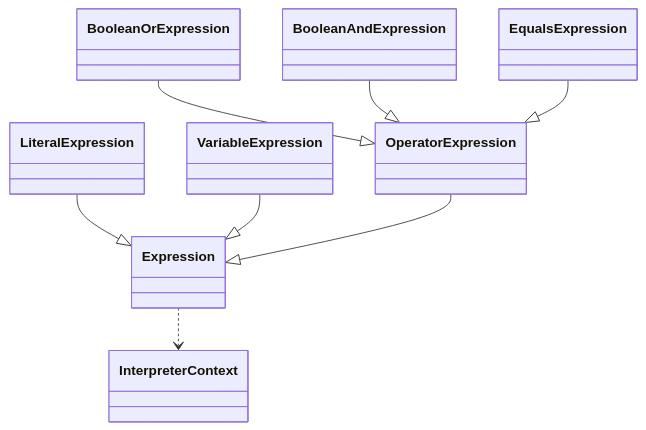
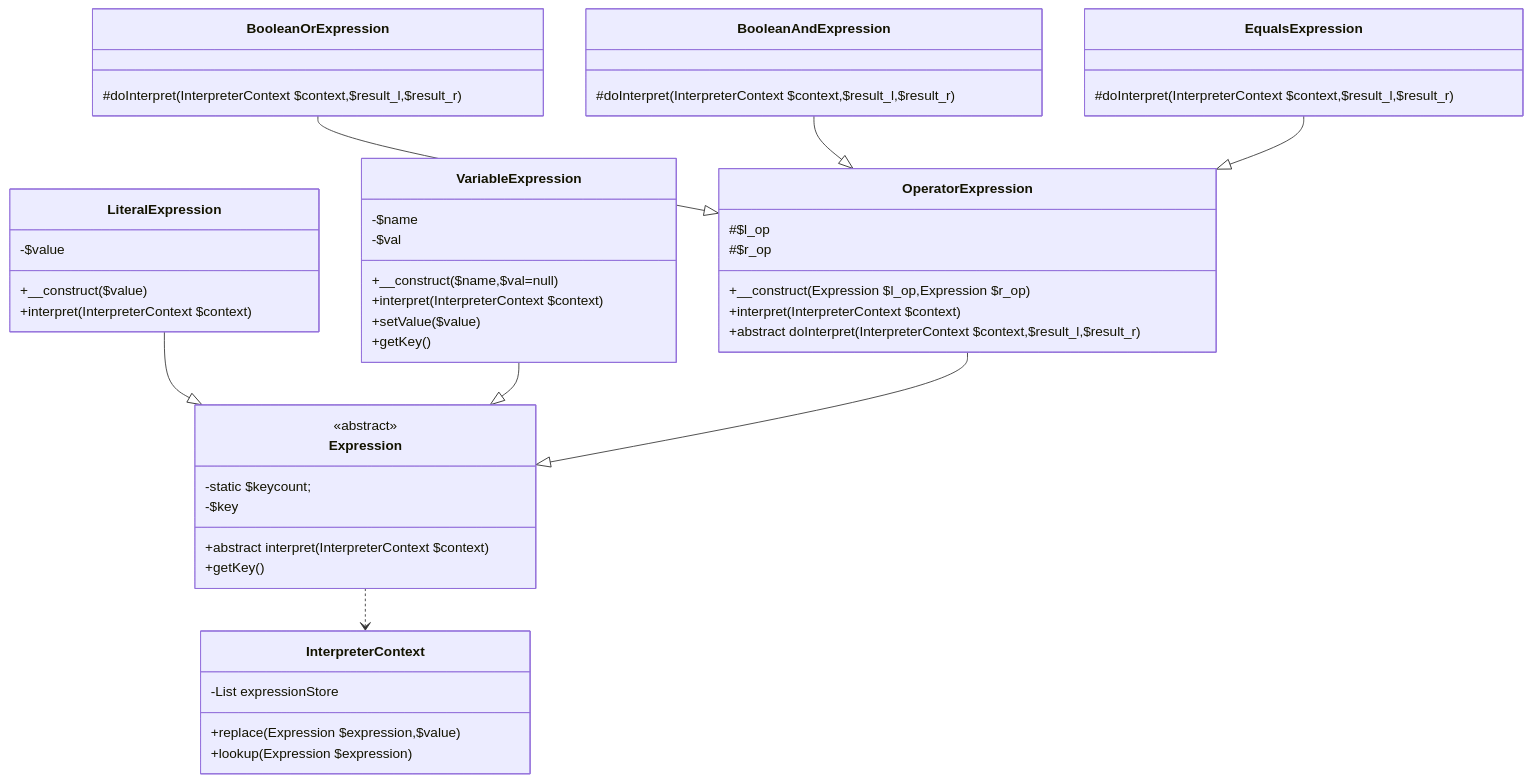
One commit to yaner-here/notebook changed the tenth of 12 diagrams in PHP.md. Above: the diagram before and after it, drawn with Mermaid. The commit also changed other lines of this file, not shown here.

````diff
--- a/PHP.md
+++ b/PHP.md
@@ -1530,26 +1522,51 @@
 ```mermaid
 classDiagram
 	class InterpreterContext{
+		-List expressionStore
+		+replace(Expression $expression,$value)
+		+lookup(Expression $expression)
 	}
 	class Expression{
+		<<abstract>>
+		-static $keycount;
+		-$key
+		+abstract interpret(InterpreterContext $context)
+		+getKey()
 	}
 	class LiteralExpression{
+		-$value
+		+__construct($value)
+		+interpret(InterpreterContext $context)
 	}
 	class VariableExpression{
+		-$name
+		-$val
+		+__construct($name,$val=null)
+		+interpret(InterpreterContext $context)
+		+setValue($value)
+		+getKey()
 	}
 	class OperatorExpression{
+		#$l_op
+		#$r_op
+		+__construct(Expression $l_op,Expression $r_op)
+		+interpret(InterpreterContext $context)
+		+abstract doInterpret(InterpreterContext $context,$result_l,$result_r)
 	}
 	class BooleanOrExpression{
+		#doInterpret(InterpreterContext $context,$result_l,$result_r)
 	}
 	class BooleanAndExpression{
+		#doInterpret(InterpreterContext $context,$result_l,$result_r)
 	}
 	class EqualsExpression{
+		#doInterpret(InterpreterContext $context,$result_l,$result_r)
 	}
 	LiteralExpression--|>Expression
 	VariableExpression--|>Expression
 	OperatorExpression--|>Expression
 	BooleanOrExpression--|>OperatorExpression
 	BooleanAndExpression--|>OperatorExpression
 	EqualsExpression--|>OperatorExpression
 	Expression..>InterpreterContext
 ```
````
